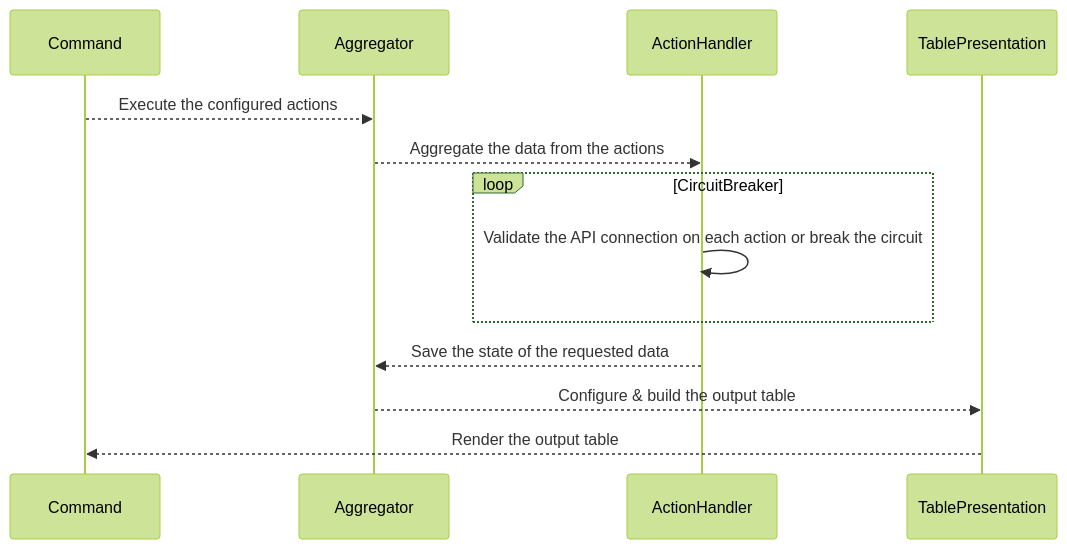
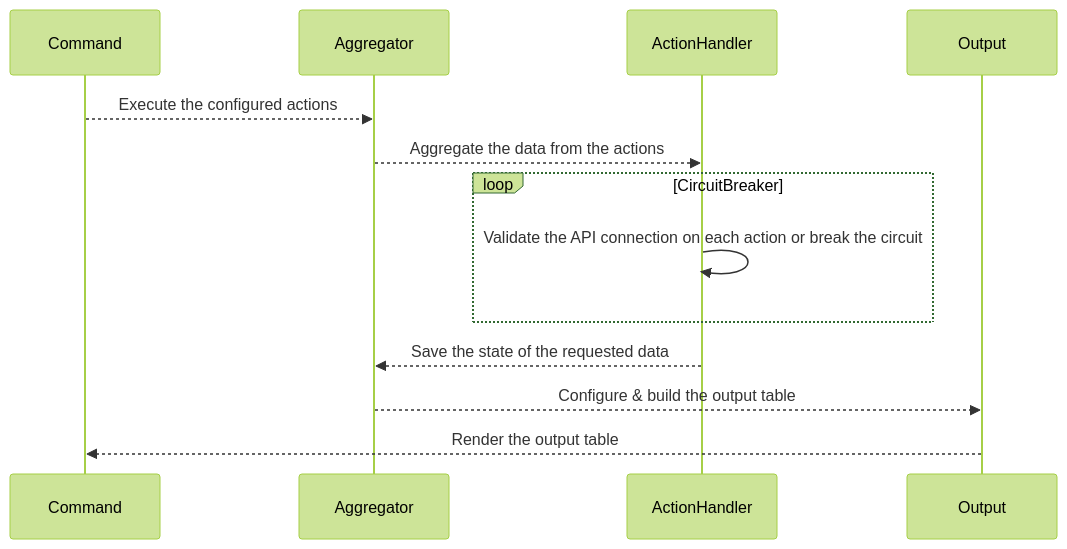
The diagram in readme.md (rickintveld/my_fx_book), drawn with Mermaid (forest theme) before and after one commit.

Commit message:
changed the name of the last step

````diff
--- a/readme.md
+++ b/readme.md
@@ -55,11 +55,11 @@
 ```mermaid
 sequenceDiagram
 Command-->>Aggregator: Execute the configured actions
 Aggregator-->>ActionHandler: Aggregate the data from the actions
 loop CircuitBreaker
     ActionHandler->>ActionHandler: Validate the API connection on each action or break the circuit
 end
 ActionHandler-->>Aggregator: Save the state of the requested data
-Aggregator-->>TablePresentation: Configure & build the output table
-TablePresentation-->>Command: Render the output table
+Aggregator-->>Output: Configure & build the output table
+Output-->>Command: Render the output table
 ```
````
